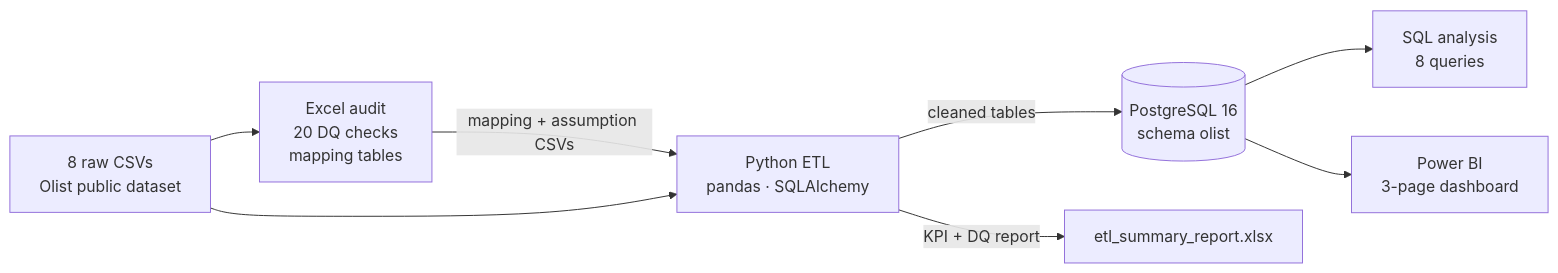
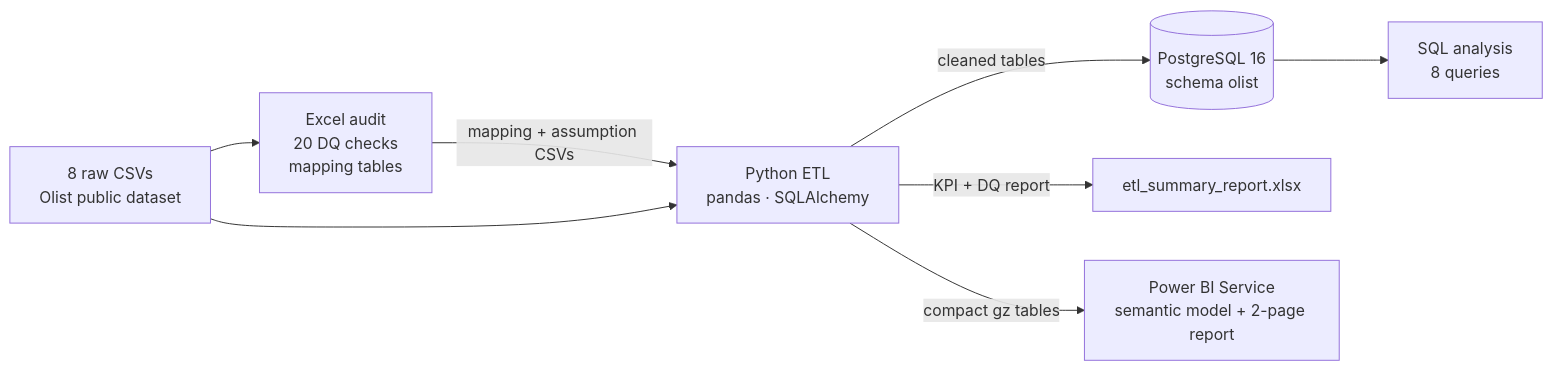
The diagram in README.md (amitkeshyap9933/olist-profit-leakage), drawn with Mermaid before and after one commit. The commit also changed other lines of this file, not shown here.

Commit message:
README: add Power BI dashboard section

````diff
--- a/README.md
+++ b/README.md
@@ -28,10 +28,10 @@
 ```mermaid
 flowchart LR
     A[8 raw CSVs<br/>Olist public dataset] --> B[Excel audit<br/>20 DQ checks<br/>mapping tables]
     B -->|mapping + assumption CSVs| C[Python ETL<br/>pandas · SQLAlchemy]
     A --> C
     C -->|cleaned tables| D[(PostgreSQL 16<br/>schema olist)]
     C -->|KPI + DQ report| E[etl_summary_report.xlsx]
     D --> F[SQL analysis<br/>8 queries]
-    D --> G[Power BI<br/>3-page dashboard]
+    C -->|compact gz tables| G[Power BI Service<br/>semantic model + 2-page report]
 ```
````
